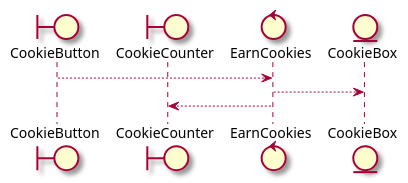
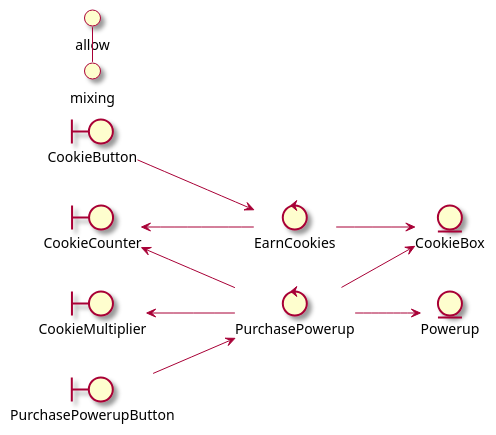
The diagram in Assets/Docs~/Design.puml (RicardoGuzmanVelasco/ArchitecturalCookieClicker), drawn with PlantUML before and after one commit.

Commit message:
docs: update design

```diff
--- a/Assets/Docs~/Design.puml
+++ b/Assets/Docs~/Design.puml
@@ -1,13 +1,24 @@
 @startuml
 skin rose
+allow-mixing
+left to right direction
 
 boundary CookieButton
 boundary CookieCounter
+boundary PurchasePowerupButton
+boundary CookieMultiplier
 control EarnCookies
+control PurchasePowerup
 entity CookieBox
+entity Powerup
 
+PurchasePowerupButton --> PurchasePowerup
+PurchasePowerup -u-> CookieCounter
+PurchasePowerup --> CookieBox
+PurchasePowerup -u-> CookieMultiplier
+PurchasePowerup --> Powerup
 CookieButton --> EarnCookies
 EarnCookies --> CookieBox
-EarnCookies --> CookieCounter
+EarnCookies -u-> CookieCounter
 
 @enduml
```
